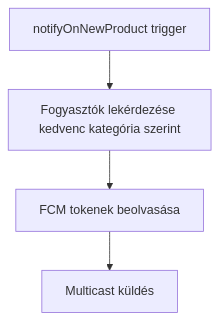
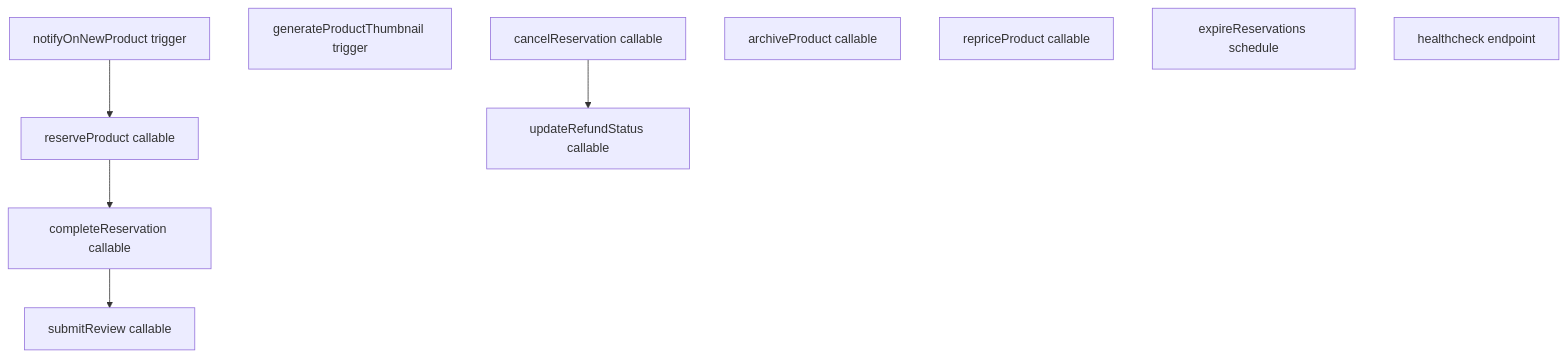
Before and after one commit to Admgt/nearpick: the second of 2 diagrams in docs/02_architecture/c4_component.md, drawn with Mermaid. The commit also changed other lines of this file and 42 other files, not shown here.

````diff
--- a/docs/02_architecture/c4_component.md
+++ b/docs/02_architecture/c4_component.md
@@ -38,9 +44,19 @@
 ```mermaid
 flowchart TB
-    trigger[notifyOnNewProduct trigger]
-    query[Fogyasztók lekérdezése kedvenc kategória szerint]
-    token[FCM tokenek beolvasása]
-    send[Multicast küldés]
+    notify[notifyOnNewProduct trigger]
+    thumb[generateProductThumbnail trigger]
+    reserve[reserveProduct callable]
+    complete[completeReservation callable]
+    cancel[cancelReservation callable]
+    refund[updateRefundStatus callable]
+    review[submitReview callable]
+    archive[archiveProduct callable]
+    reprice[repriceProduct callable]
+    expire[expireReservations schedule]
+    health[healthcheck endpoint]
 
-    trigger --> query --> token --> send
+    notify --> reserve
+    reserve --> complete
+    complete --> review
+    cancel --> refund
 ```
````
